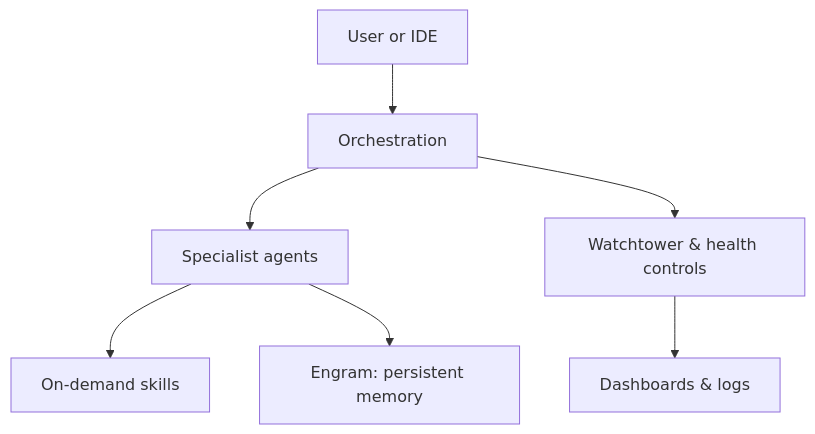
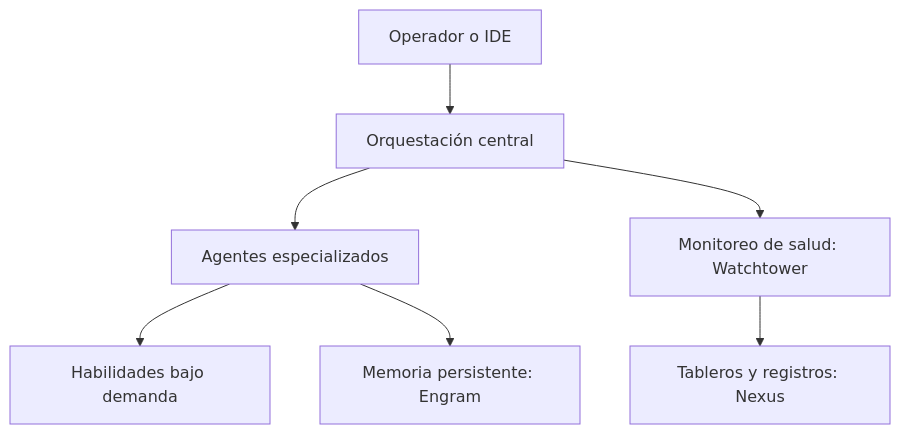
One commit to EmmanuelOrtiz87/gentle-vanguard-public changed the second of 2 diagrams in README.md. Above: the diagram before and after it, drawn with Mermaid. The commit also changed other lines of this file, not shown here.

````diff
--- a/README.md
+++ b/README.md
@@ -65,9 +83,9 @@
 ```mermaid
 flowchart TB
-  A[User or IDE] --> O[Orchestration]
-  O --> G[Specialist agents]
-  G --> K[On-demand skills]
-  G --> M[Engram: persistent memory]
-  O --> H[Watchtower & health controls]
-  H --> W[Dashboards & logs]
+  A[Operador o IDE] --> O[Orquestación central]
+  O --> G[Agentes especializados]
+  G --> K[Habilidades bajo demanda]
+  G --> M[Memoria persistente: Engram]
+  O --> H[Monitoreo de salud: Watchtower]
+  H --> W[Tableros y registros: Nexus]
 ```
````
